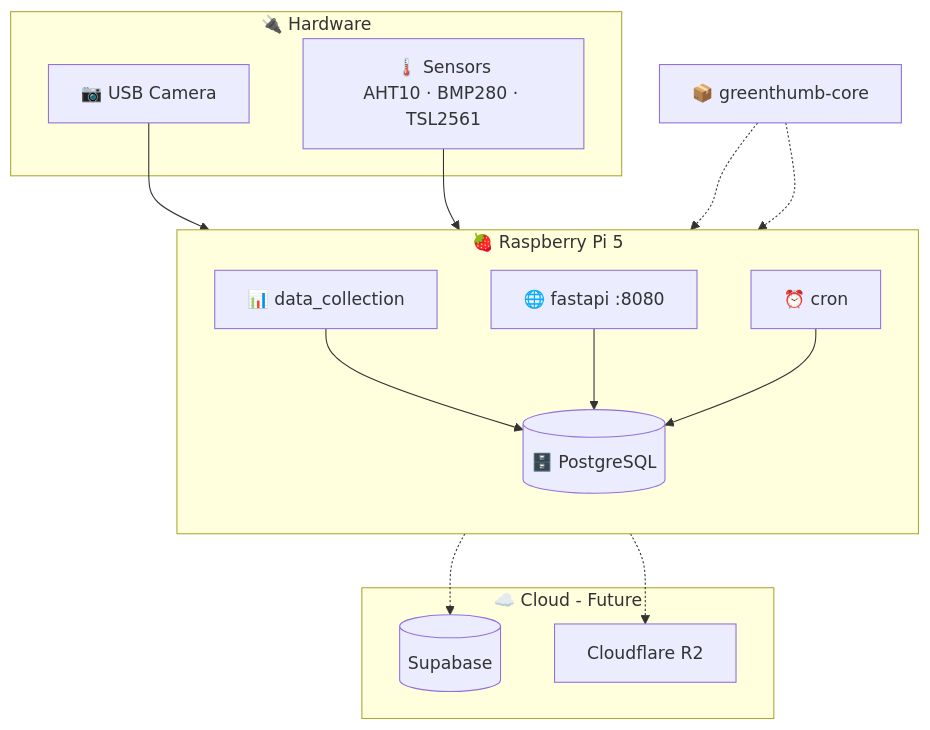
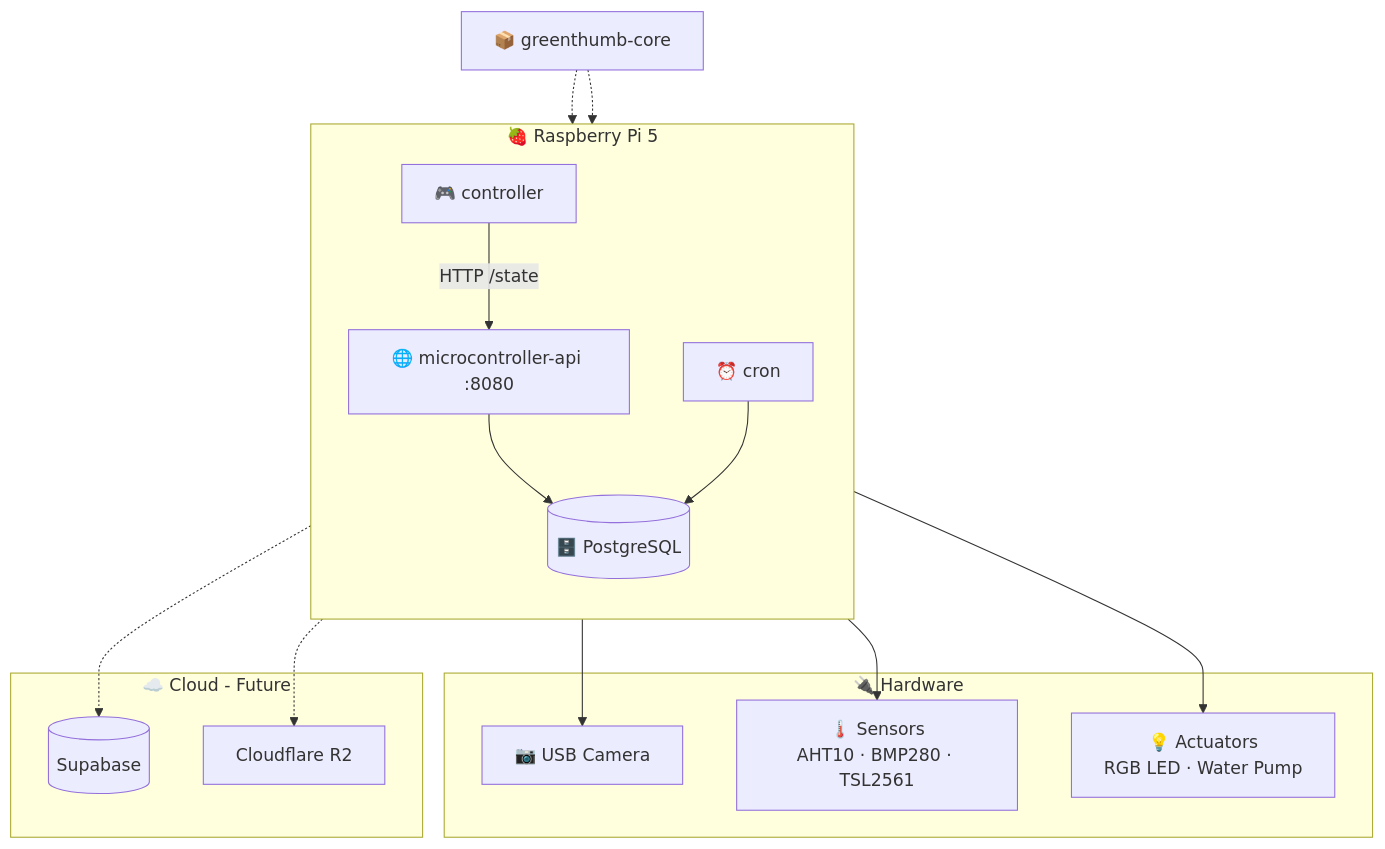
The first of 3 diagrams in docs/architecture/overview.md (GreenThumbProject/docs), drawn with Mermaid before and after one commit. The commit also changed other lines of this file and 17 other files, not shown here.

````diff
--- a/docs/architecture/overview.md
+++ b/docs/architecture/overview.md
@@ -7,39 +7,43 @@
 ```mermaid
 flowchart TB
     subgraph RPI["🍓 Raspberry Pi 5"]
         direction TB
-        DC["📊 data_collection"]
-        API["🌐 fastapi :8080"]
+        CTRL["🎮 controller"]
+        API["🌐 microcontroller-api :8080"]
         DB[("🗄️ PostgreSQL")]
         CRON["⏰ cron"]
     end
     
     subgraph HW["🔌 Hardware"]
         CAM["📷 USB Camera"]
         SENSORS["🌡️ Sensors<br/>AHT10 · BMP280 · TSL2561"]
+        ACTUATORS["💡 Actuators<br/>RGB LED · Water Pump"]
     end
     
     subgraph CLOUD["☁️ Cloud - Future"]
         SUPA[("Supabase")]
         R2["Cloudflare R2"]
     end
     
     CORE["📦 greenthumb-core"]
     
-    %% Hardware to Services
-    CAM --> DC
-    SENSORS --> DC
+    %% Controller to API
+    CTRL -->|HTTP /state| API
+    
+    %% API to Hardware
+    API --> CAM
+    API --> SENSORS
+    API --> ACTUATORS
     
     %% Internal service connections
-    DC --> DB
     API --> DB
     CRON --> DB
     
     %% Library
-    CORE -.-> DC
+    CORE -.-> CTRL
     CORE -.-> API
     
     %% Future cloud
     CRON -.-> SUPA
     CRON -.-> R2
 ```
````
